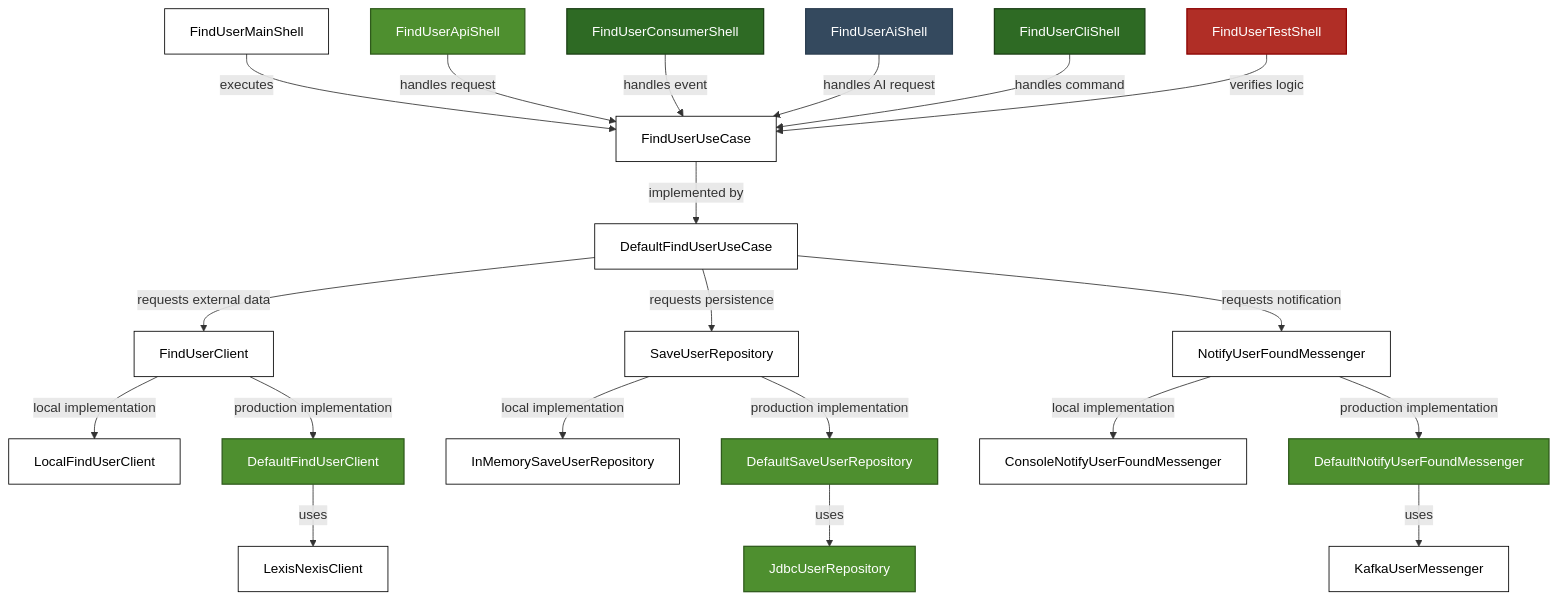
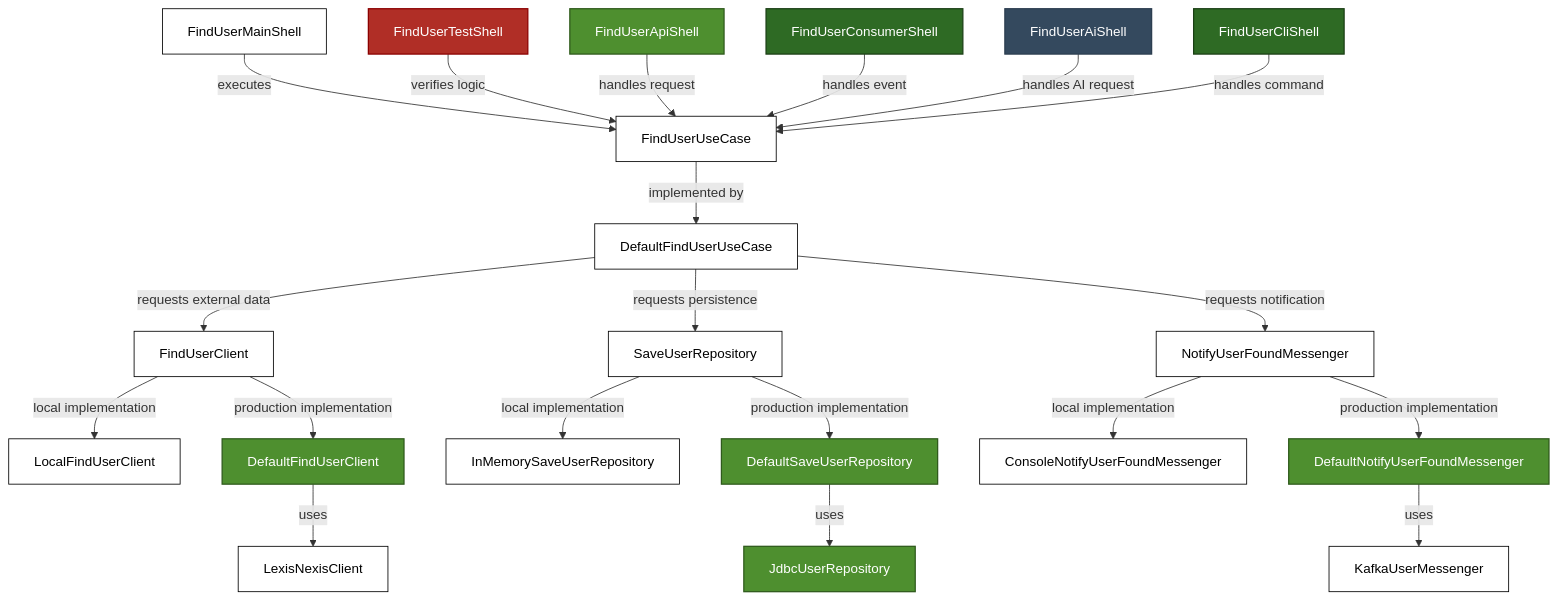
One commit to hermi-projects/hermi changed the diagram in README.md. Above: the diagram before and after it, drawn with Mermaid. The commit also changed other lines of this file, not shown here.

Commit message:
docs: reorder JUnit shell node in README architecture diagram

````diff
--- a/README.md
+++ b/README.md
@@ -627,62 +627,62 @@
 ```mermaid
 graph TD
     %% Main Shell
     S_Main[FindUserMainShell] -->|executes| U_UseCase
 
+    %% JUnit Shell
+    S_JUnit[FindUserTestShell] -->|verifies logic| U_UseCase
+    
     %% API Shell
     S_Api[FindUserApiShell] -->|handles request| U_UseCase
 
     %% Consumer Shell
     S_Consumer[FindUserConsumerShell] -->|handles event| U_UseCase
 
     %% AI Shell
     S_Ai[FindUserAiShell] -->|handles AI request| U_UseCase
 
     %% CLI Shell
     S_Cli[FindUserCliShell] -->|handles command| U_UseCase
 
-    %% JUnit Shell
-    S_JUnit[FindUserTestShell] -->|verifies logic| U_UseCase
-    
     %% Use Case Interface -> Default Implementation
     U_UseCase[FindUserUseCase] -->|implemented by| U_Default[DefaultFindUserUseCase]
     
     %% Default Implementation -> Contracts
     U_Default -->|requests external data| U_Client[FindUserClient]
     U_Default -->|requests persistence| U_Repo[SaveUserRepository]
     U_Default -->|requests notification| U_Messenger[NotifyUserFoundMessenger]
 
     %% Local Implementations
     U_Client -->|local implementation| A_LocalClient[LocalFindUserClient]
     U_Repo -->|local implementation| A_LocalRepo[InMemorySaveUserRepository]
     U_Messenger -->|local implementation| A_LocalMessenger[ConsoleNotifyUserFoundMessenger]
 
     %% Production Implementations (Updated)
     U_Client -->|production implementation| A_ProdClient[DefaultFindUserClient]
     A_ProdClient -->|uses| A_ProdClientImpl[LexisNexisClient]
 
     U_Repo -->|production implementation| A_ProdRepo[DefaultSaveUserRepository]
     A_ProdRepo -->|uses| A_ProdRepoImpl[JdbcUserRepository]
 
     U_Messenger -->|production implementation| A_ProdMessenger[DefaultNotifyUserFoundMessenger]
     A_ProdMessenger -->|uses| A_ProdMessengerImpl[KafkaUserMessenger]
 
     %% Styling
     classDef local fill:#FFFFFF,color:#000000,stroke:#000000,stroke-width:1px
     classDef api fill:#4E8F2F,color:#FFFFFF,stroke:#2F5A1C,stroke-width:1.5px
     classDef consumer fill:#2E6A24,color:#FFFFFF,stroke:#1B3F15,stroke-width:1.5px
     classDef ai fill:#34495E,color:#FFFFFF,stroke:#2C3E50,stroke-width:1.5px
     classDef test fill:#B02E26,color:#FFFFFF,stroke:#8B0000,stroke-width:1.5px
     classDef core fill:#FFFFFF,color:#000000,stroke:#000000,stroke-width:1px
 
     %% Assign classes
     class S_Main,A_LocalClient,A_LocalRepo,A_LocalMessenger local
     class S_Api api
     class S_Consumer,S_Cli consumer
     class S_Ai ai
     class S_JUnit test
     class U_UseCase,U_Default,U_Client,U_Repo,U_Messenger core
     class A_ProdClient,A_ProdRepo,A_ProdMessenger api
     class A_ProdClientImpl,A_ProdMessengerImpl core
     class A_ProdRepoImpl api
 ```
````
